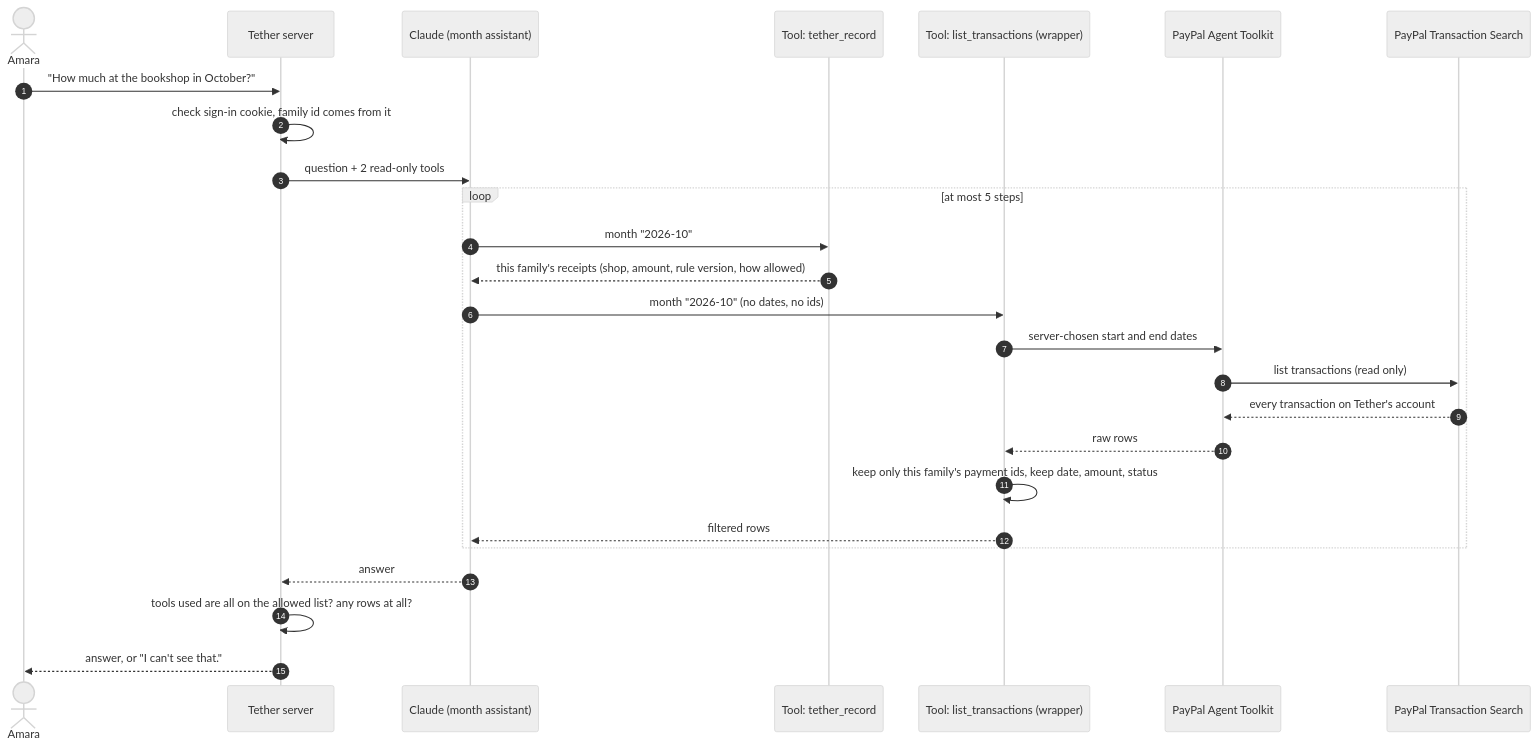
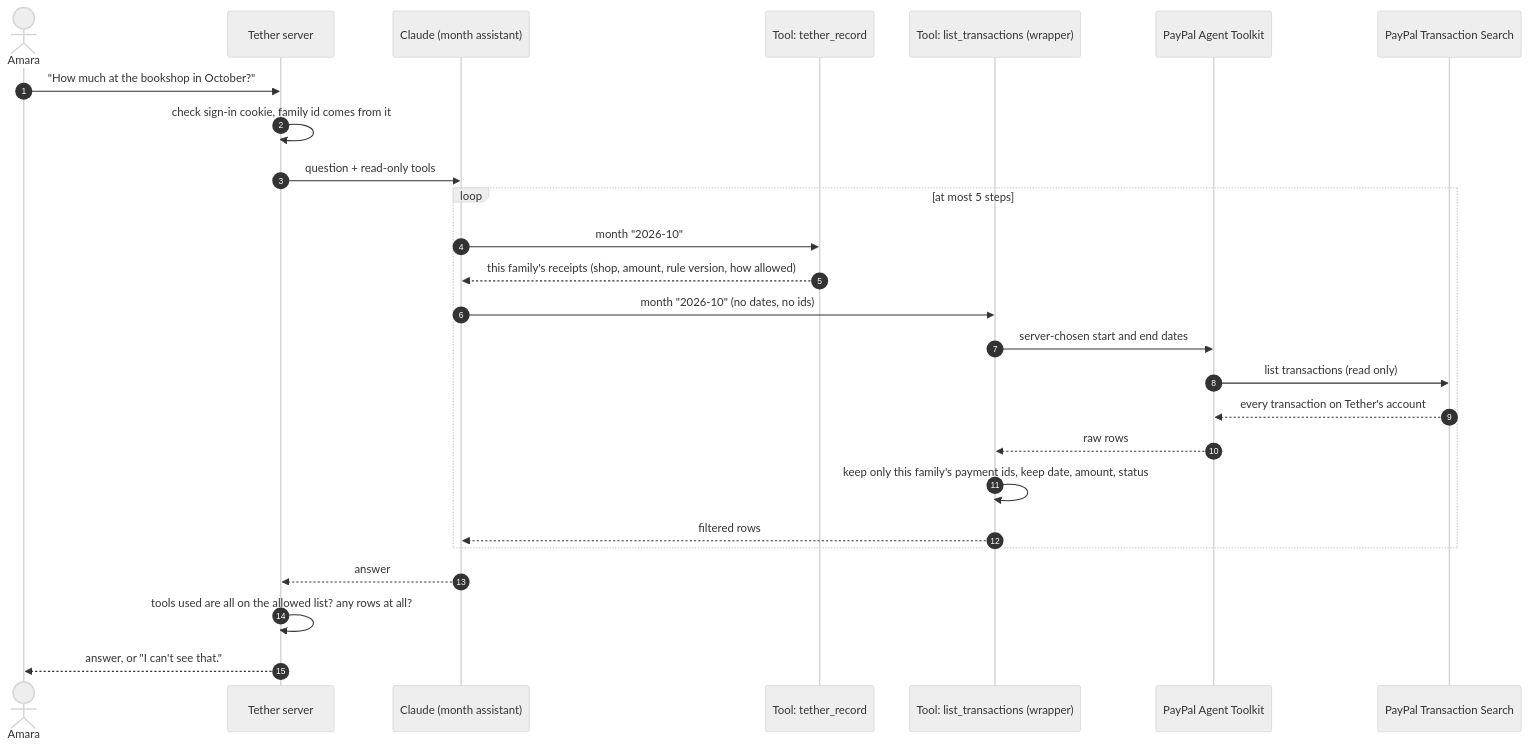
The sixth of 6 diagrams in README.md (tmoody1973/tether), drawn with Mermaid (neutral theme) before and after one commit. The commit also changed other lines of this file and 1 other file, not shown here.

First line of the commit message:
docs: decision 022 (news only for Amara, on request) and the README for the assistant's investing tools

````diff
--- a/README.md
+++ b/README.md
@@ -226,28 +238,28 @@
 ```mermaid
 sequenceDiagram
   autonumber
   actor Amara
   participant App as Tether server
   participant Model as Claude (month assistant)
   participant Rec as Tool: tether_record
   participant Tx as Tool: list_transactions (wrapper)
   participant Kit as PayPal Agent Toolkit
   participant PP as PayPal Transaction Search
   Amara->>App: "How much at the bookshop in October?"
   App->>App: check sign-in cookie, family id comes from it
-  App->>Model: question + 2 read-only tools
+  App->>Model: question + read-only tools
   loop at most 5 steps
     Model->>Rec: month "2026-10"
     Rec-->>Model: this family's receipts (shop, amount, rule version, how allowed)
     Model->>Tx: month "2026-10" (no dates, no ids)
     Tx->>Kit: server-chosen start and end dates
     Kit->>PP: list transactions (read only)
     PP-->>Kit: every transaction on Tether's account
     Kit-->>Tx: raw rows
     Tx->>Tx: keep only this family's payment ids, keep date, amount, status
     Tx-->>Model: filtered rows
   end
   Model-->>App: answer
   App->>App: tools used are all on the allowed list? any rows at all?
   App-->>Amara: answer, or "I can't see that."
 ```
````
